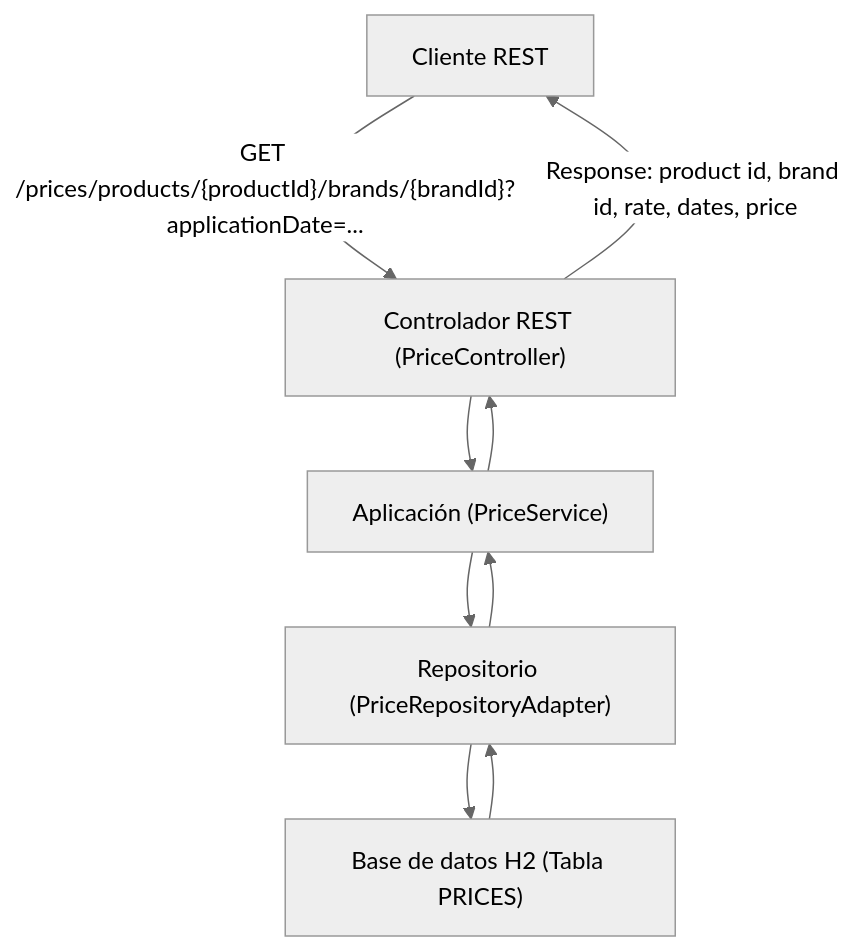
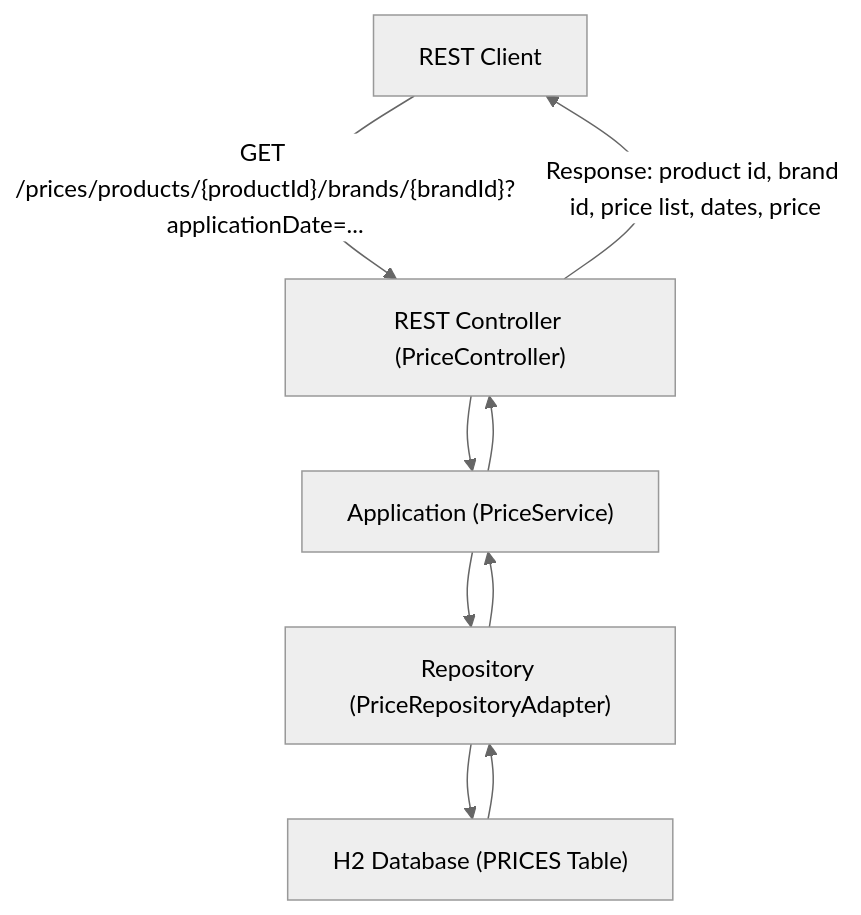
Before and after one commit to martus13/pricing-service: the diagram in README.md, drawn with Mermaid (neutral theme). The commit also changed other lines of this file and 2 other files, not shown here.

````diff
--- a/README.md
+++ b/README.md
@@ -15,11 +15,11 @@
 ```mermaid
 flowchart TD
-    A[Cliente REST] -->|"GET /prices/products/{productId}/brands/{brandId}?applicationDate=..."| B["Controlador REST (PriceController)"]
-    B --> C["Aplicación (PriceService)"]
-    C --> D["Repositorio (PriceRepositoryAdapter)"]
-    D --> E["Base de datos H2 (Tabla PRICES)"]
+    A[REST Client] -->|"GET /prices/products/{productId}/brands/{brandId}?applicationDate=..."| B["REST Controller (PriceController)"]
+    B --> C["Application (PriceService)"]
+    C --> D["Repository (PriceRepositoryAdapter)"]
+    D --> E["H2 Database (PRICES Table)"]
     E --> D
     D --> C
     C --> B
-    B -->|Response: product id, brand id, rate, dates, price| A
+    B -->|Response: product id, brand id, price list, dates, price| A
 ```
````
